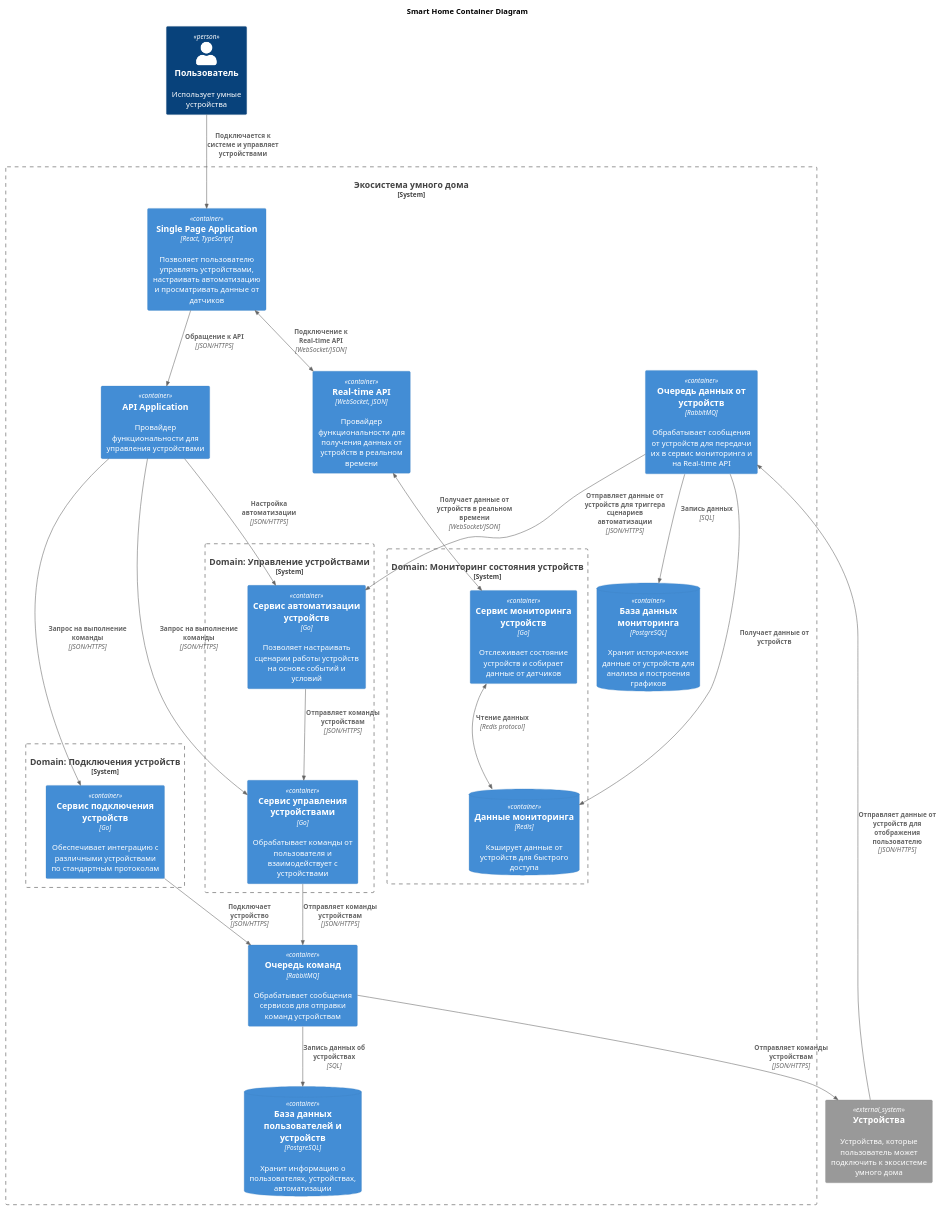
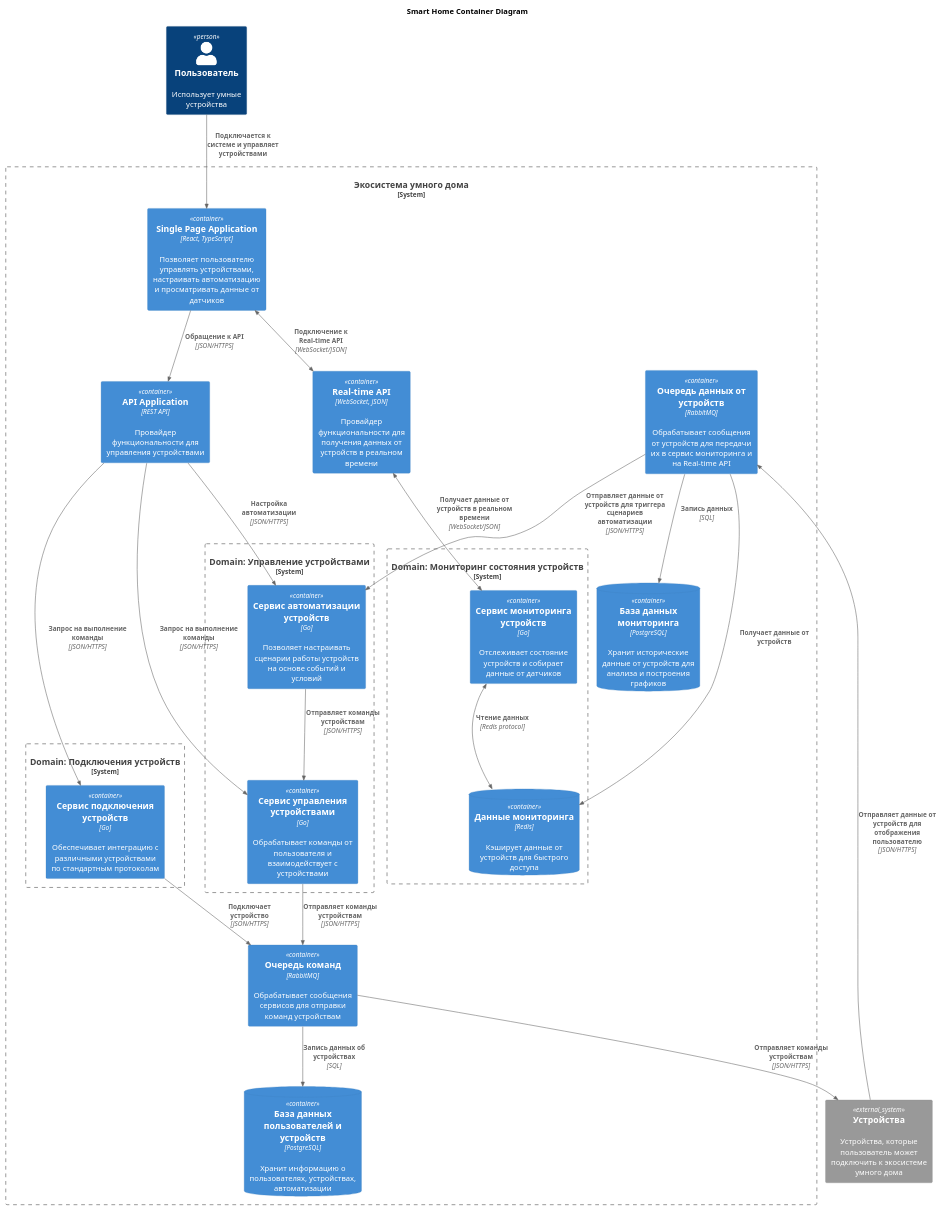
Before and after one commit to awks88/expert-octo-rotary-phone: the diagram in docs/to-be/containers/SmartHome_container.puml, drawn with PlantUML. The commit also changed 2 other files, not shown here.

Commit message:
feat: добавлено описание API и документация для управления устройствами

```diff
--- a/docs/to-be/containers/SmartHome_container.puml
+++ b/docs/to-be/containers/SmartHome_container.puml
@@ -1,69 +1,69 @@
 @startuml Smart Home Container Diagram
 title Smart Home Container Diagram
 
 top to bottom direction
 
 !includeurl https://raw.githubusercontent.com/RicardoNiepel/C4-PlantUML/master/C4_Component.puml
 
 
 Person(User, "Пользователь", "Использует умные устройства")
 
 
 System_Ext(UserDevices, "Устройства", "Устройства, которые пользователь может подключить к экосистеме умного дома")
 
 
 System_Boundary(SmartHomeSystem, "Экосистема умного дома") {
 
   Container(SpaApp, "Single Page Application","React, TypeScript", "Позволяет пользователю управлять устройствами, настраивать автоматизацию и просматривать данные от датчиков")
-  Container(Api, "API Application", "", "Провайдер функциональности для управления устройствами")
+  Container(Api, "API Application", "REST API", "Провайдер функциональности для управления устройствами")
   Container(RealTimeApi, "Real-time API", "WebSocket, JSON", "Провайдер функциональности для получения данных от устройств в реальном времени")
   Container(QueueCommands, "Очередь команд", "RabbitMQ", "Обрабатывает сообщения сервисов для отправки команд устройствам")
   Container(QueueMonitoring, "Очередь данных от устройств", "RabbitMQ", "Обрабатывает сообщения от устройств для передачи их в сервис мониторинга и на Real-time API")
   
   ContainerDb(DeviceDatabase, "База данных пользователей и устройств", "PostgreSQL", "Хранит информацию о пользователях, устройствах, автоматизации")
   ContainerDb(MonitoringHistory, "База данных мониторинга", "PostgreSQL", "Хранит исторические данные от устройств для анализа и построения графиков")
 
   System_Boundary(Connector, "Domain: Подключения устройств") {
     Container(DeviceConnector, "Сервис подключения устройств", "Go", "Обеспечивает интеграцию с различными устройствами по стандартным протоколам")
   }
 
   System_Boundary(Handlers, "Domain: Управление устройствами") {
     Container(DeviceHandler, "Сервис управления устройствами", "Go", "Обрабатывает команды от пользователя и взаимодействует с устройствами")
     Container(DeviceAutomation, "Сервис автоматизации устройств", "Go", "Позволяет настраивать сценарии работы устройств на основе событий и условий")
   }
 
   System_Boundary(Monitoring, "Domain: Мониторинг состояния устройств") {
     Container(DeviceMonitor, "Сервис мониторинга устройств", "Go", "Отслеживает состояние устройств и собирает данные от датчиков")
     ContainerDb(MonitorCache, "Данные мониторинга", "Redis", "Кэширует данные от устройств для быстрого доступа")
   }
 
 }
 
 Rel(User, SpaApp, "Подключается к системе и управляет устройствами")
 
 Rel(SpaApp, Api, "Обращение к API", "JSON/HTTPS")
 BiRel(SpaApp, RealTimeApi, "Подключение к Real-time API", "WebSocket/JSON")
 
 BiRel(RealTimeApi, DeviceMonitor, "Получает данные от устройств в реальном времени", "WebSocket/JSON")
 
 Rel(Api, DeviceConnector, "Запрос на выполнение команды", "JSON/HTTPS")
 Rel(Api, DeviceHandler, "Запрос на выполнение команды", "JSON/HTTPS")
 Rel(Api, DeviceAutomation, "Настройка автоматизации", "JSON/HTTPS")
 
 Rel(DeviceConnector, QueueCommands, "Подключает устройство", "JSON/HTTPS")
 Rel(DeviceHandler, QueueCommands, "Отправляет команды устройствам", "JSON/HTTPS")
 BiRel(DeviceMonitor, MonitorCache, "Чтение данных", "Redis protocol")
 
 Rel(DeviceAutomation, DeviceHandler, "Отправляет команды устройствам", "JSON/HTTPS")
 
 Rel(QueueMonitoring, MonitoringHistory, "Запись данных", "SQL")
 Rel(QueueMonitoring, MonitorCache, "Получает данные от устройств")
 Rel(QueueMonitoring, DeviceAutomation, "Отправляет данные от устройств для триггера сценариев автоматизации", "JSON/HTTPS")
 
 Rel(UserDevices, QueueMonitoring, "Отправляет данные от устройств для отображения пользователю", "JSON/HTTPS")
 
 Rel(QueueCommands, UserDevices, "Отправляет команды устройствам", "JSON/HTTPS")
 Rel(QueueCommands, DeviceDatabase, "Запись данных об устройствах", "SQL")
 
 
 @enduml
```
